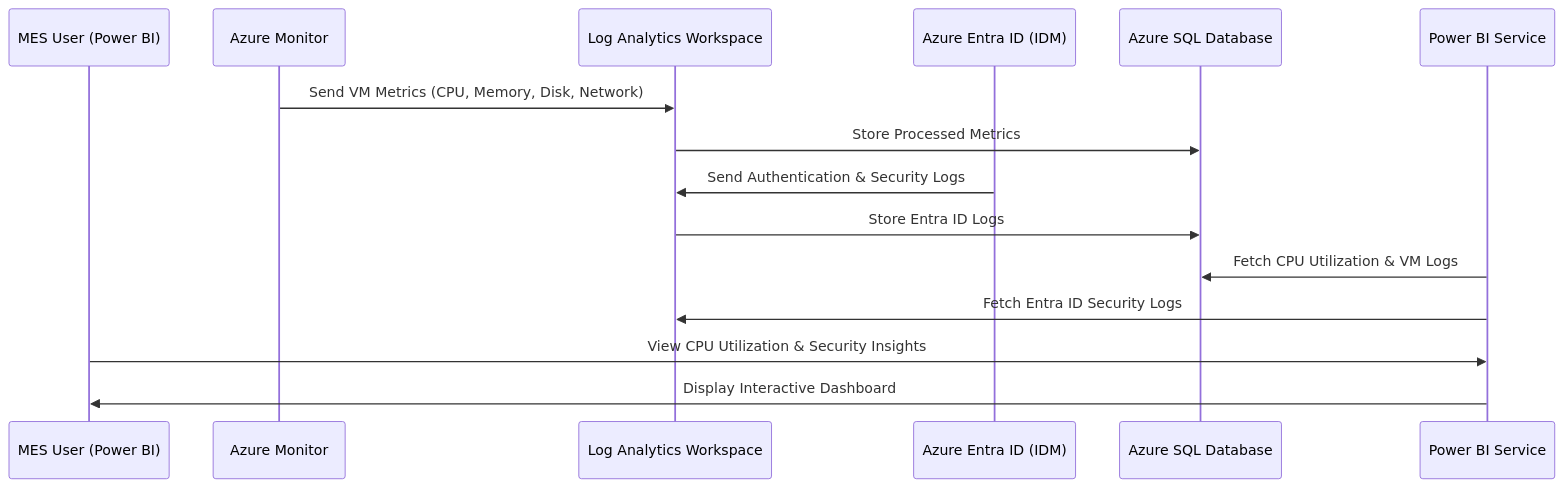
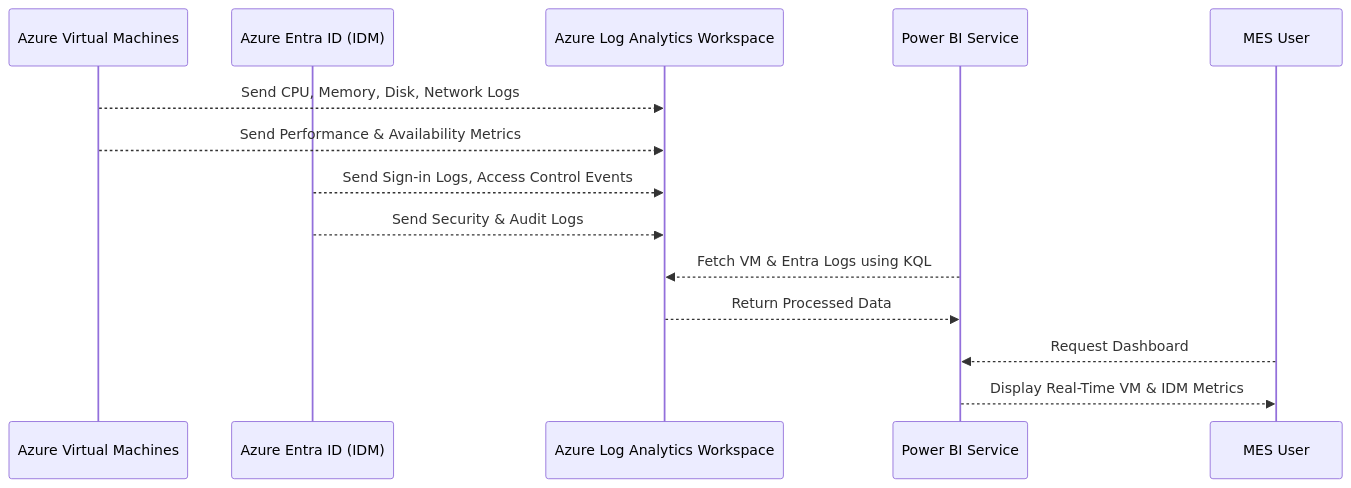
The first of 13 diagrams in README.md (oigbokwe73/MuleSoft-Moveit-Azure-Data-Logging-Monitoring-Solution), drawn with Mermaid before and after one commit. The commit also changed other lines of this file, not shown here.

````diff
--- a/README.md
+++ b/README.md
@@ -31,25 +3,24 @@
 ```mermaid
 sequenceDiagram
-    participant User as MES User (Power BI)
-    participant AzureMonitor as Azure Monitor
-    participant LogAnalytics as Log Analytics Workspace
-    participant EntraID as Azure Entra ID (IDM)
-    participant AzureSQL as Azure SQL Database
+    participant VM as Azure Virtual Machines
+    participant Entra as Azure Entra ID (IDM)
+    participant LogAnalytics as Azure Log Analytics Workspace
     participant PowerBI as Power BI Service
+    participant User as MES User
+    
+    %% Step 1: Collect Metrics from Azure VMs
+    VM-->>LogAnalytics: Send CPU, Memory, Disk, Network Logs
+    VM-->>LogAnalytics: Send Performance & Availability Metrics
+    
+    %% Step 2: Collect Logs from Azure Entra ID (IDM)
+    Entra-->>LogAnalytics: Send Sign-in Logs, Access Control Events
+    Entra-->>LogAnalytics: Send Security & Audit Logs
 
-    %% Step 1: Collect VM Metrics
-    AzureMonitor->>LogAnalytics: Send VM Metrics (CPU, Memory, Disk, Network)
-    LogAnalytics->>AzureSQL: Store Processed Metrics
-
-    %% Step 2: Collect Entra ID Logs
-    EntraID->>LogAnalytics: Send Authentication & Security Logs
-    LogAnalytics->>AzureSQL: Store Entra ID Logs
-
-    %% Step 3: Power BI Queries Data
-    PowerBI->>AzureSQL: Fetch CPU Utilization & VM Logs
-    PowerBI->>LogAnalytics: Fetch Entra ID Security Logs
-
-    %% Step 4: User Accesses Power BI Dashboard
-    User->>PowerBI: View CPU Utilization & Security Insights
-    PowerBI->>User: Display Interactive Dashboard
+    %% Step 3: Power BI Queries Log Analytics
+    PowerBI-->>LogAnalytics: Fetch VM & Entra Logs using KQL
+    LogAnalytics-->>PowerBI: Return Processed Data
+    
+    %% Step 4: MES User Accesses Power BI Reports
+    User-->>PowerBI: Request Dashboard
+    PowerBI-->>User: Display Real-Time VM & IDM Metrics
 ```
````
